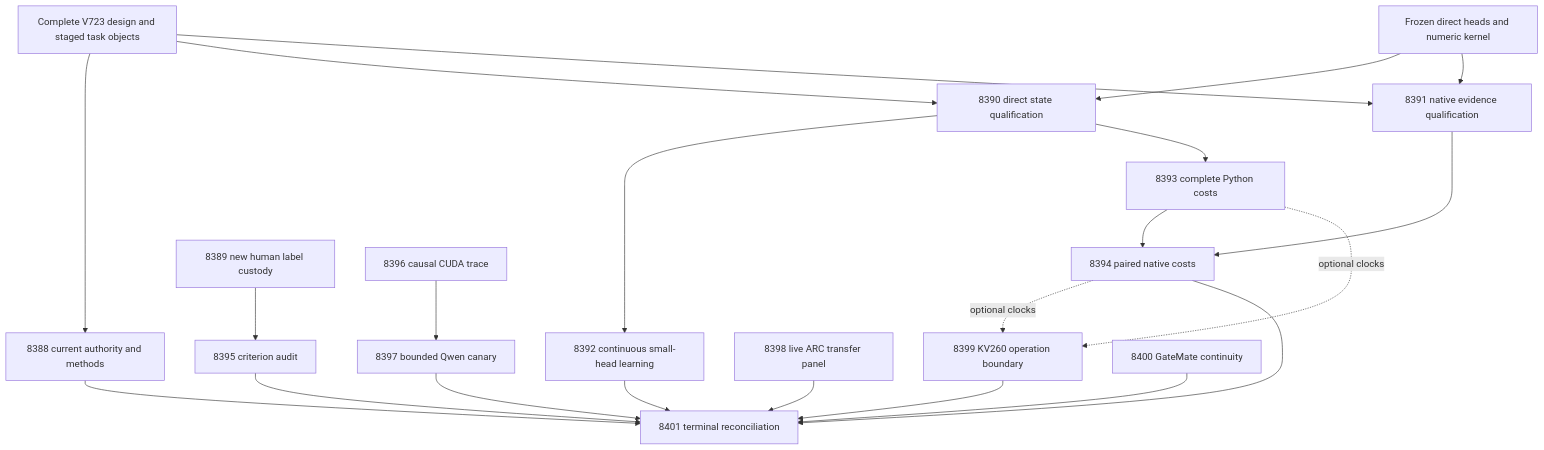
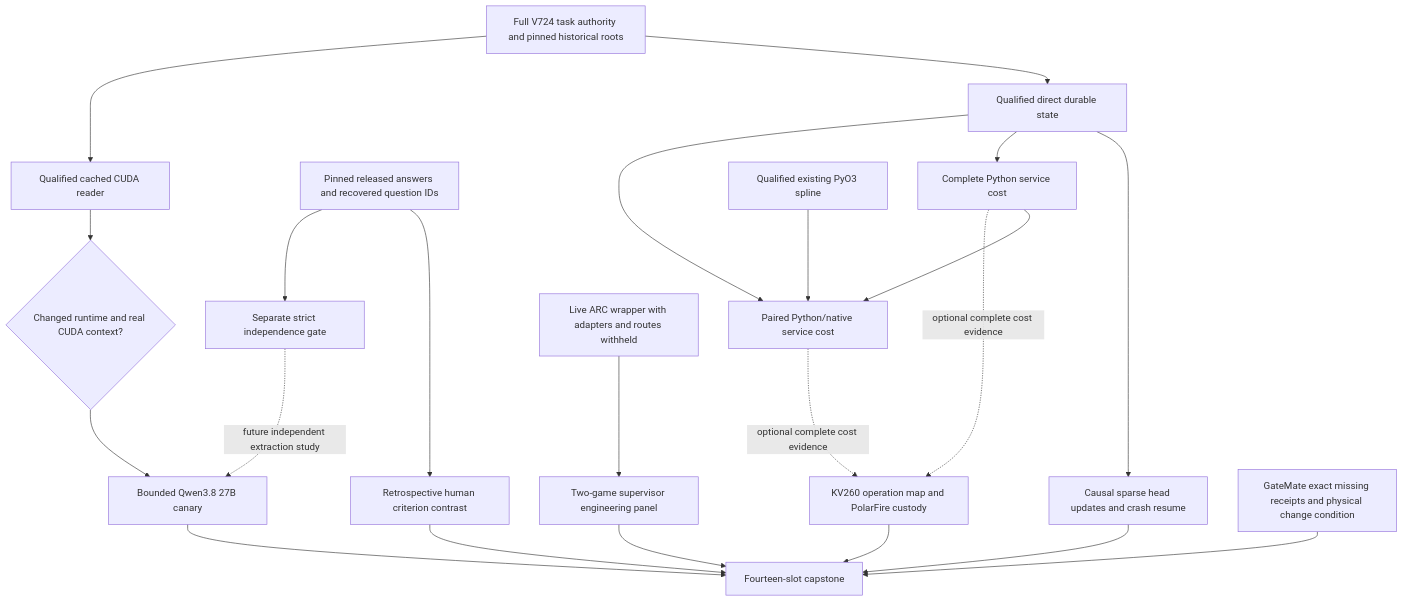
The first of 2 diagrams in openspec/change-proposals/research-roadmap-vNEXT.md (Carnot-EBM/carnot-ebm), drawn with Mermaid before and after one commit. The commit also changed other lines of this file and 18 other files, not shown here.

````diff
--- a/openspec/change-proposals/research-roadmap-vNEXT.md
+++ b/openspec/change-proposals/research-roadmap-vNEXT.md
@@ -86,24 +61,24 @@
 ```mermaid
 flowchart TD
-  A[Complete V723 design and staged task objects] --> B[8388 current authority and methods]
-  A --> C[8390 direct state qualification]
-  A --> D[8391 native evidence qualification]
-  H[Frozen direct heads and numeric kernel] --> C
-  H --> D
-  C --> E[8392 continuous small-head learning]
-  C --> F[8393 complete Python costs]
-  D --> G[8394 paired native costs]
-  F --> G
-  I[8389 new human label custody] --> J[8395 criterion audit]
-  K[8396 causal CUDA trace] --> L[8397 bounded Qwen canary]
-  M[8398 live ARC transfer panel] --> Z[8401 terminal reconciliation]
-  G -. optional clocks .-> N[8399 KV260 operation boundary]
-  F -. optional clocks .-> N
-  O[8400 GateMate continuity] --> Z
-  B --> Z
-  E --> Z
-  G --> Z
-  J --> Z
-  L --> Z
-  N --> Z
+    A[Full V724 task authority and pinned historical roots] --> D[Qualified direct durable state]
+    A --> R[Qualified cached CUDA reader]
+    L[Pinned released answers and recovered question IDs] --> J[Retrospective human criterion contrast]
+    L --> X[Separate strict independence gate]
+    X -. future independent extraction study .-> Q
+    R --> C{Changed runtime and real CUDA context?}
+    C --> Q[Bounded Qwen3.8 27B canary]
+    D --> O[Causal sparse head updates and crash resume]
+    D --> P[Complete Python service cost]
+    N[Qualified existing PyO3 spline] --> T[Paired Python/native service cost]
+    P --> T
+    D --> T
+    T -. optional complete cost evidence .-> B[KV260 operation map and PolarFire custody]
+    P -. optional complete cost evidence .-> B
+    U[Live ARC wrapper with adapters and routes withheld] --> G[Two-game supervisor engineering panel]
+    H[GateMate exact missing receipts and physical change condition] --> Z[Fourteen-slot capstone]
+    O --> Z
+    J --> Z
+    Q --> Z
+    G --> Z
+    B --> Z
 ```
````
